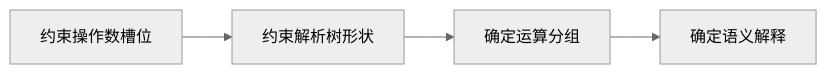
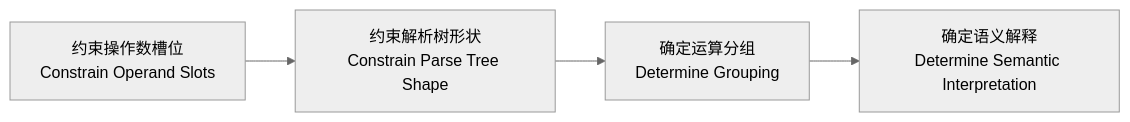
Before and after one commit to dengking/compiler-principle: the first of 3 diagrams in docs/front-end/gramars/context-free-grammar/design-techniques/index.md, drawn with Mermaid (neutral theme). The commit also changed other lines of this file and 6 other files, not shown here.

````diff
--- a/docs/front-end/gramars/context-free-grammar/design-techniques/index.md
+++ b/docs/front-end/gramars/context-free-grammar/design-techniques/index.md
@@ -21,6 +21,6 @@
 ```mermaid
 flowchart LR
-    A["约束操作数槽位"] --> B["约束解析树形状"]
-    B --> C["确定运算分组"]
-    C --> D["确定语义解释"]
+    A["约束操作数槽位<br/>Constrain Operand Slots"] --> B["约束解析树形状<br/>Constrain Parse Tree Shape"]
+    B --> C["确定运算分组<br/>Determine Grouping"]
+    C --> D["确定语义解释<br/>Determine Semantic Interpretation"]
 ```
````
